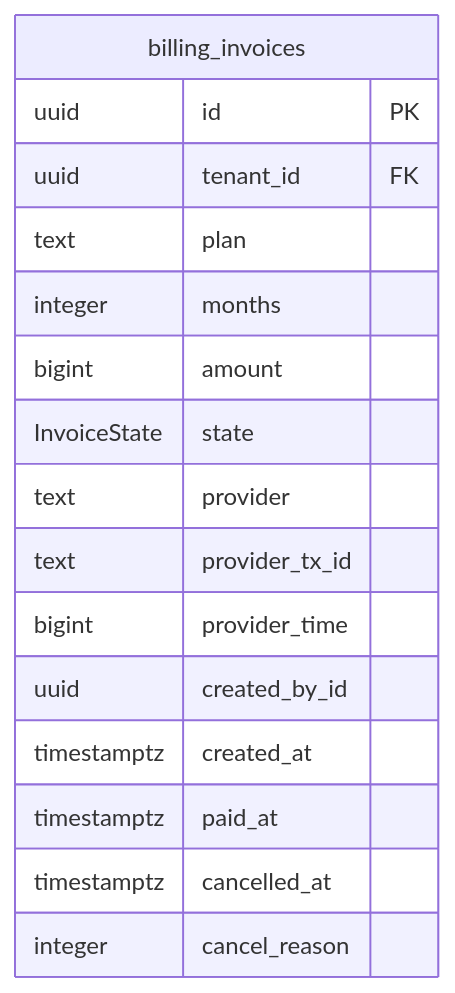
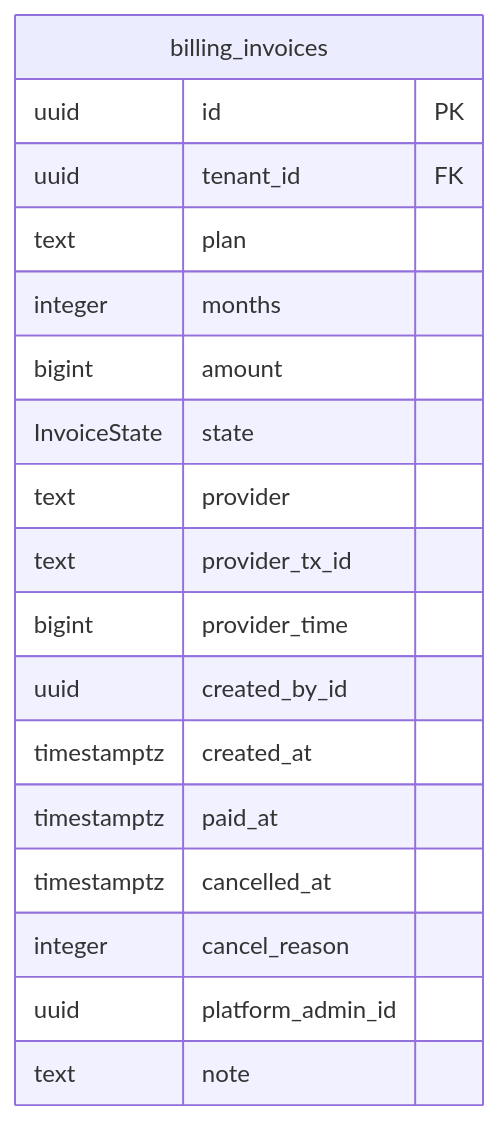
The eighth of 10 diagrams in docs/database/README.md (Ulugbek-Mominjonov/crm-api), drawn with Mermaid before and after one commit. The commit also changed other lines of this file and 62 other files, not shown here.

````diff
--- a/docs/database/README.md
+++ b/docs/database/README.md
@@ -1393,19 +1429,21 @@
 ```mermaid
 erDiagram
     billing_invoices {
         uuid id PK
         uuid tenant_id FK
         text plan
         integer months
         bigint amount
         InvoiceState state
         text provider
         text provider_tx_id
         bigint provider_time
         uuid created_by_id
         timestamptz created_at
         timestamptz paid_at
         timestamptz cancelled_at
         integer cancel_reason
+        uuid platform_admin_id
+        text note
     }
 ```
````
